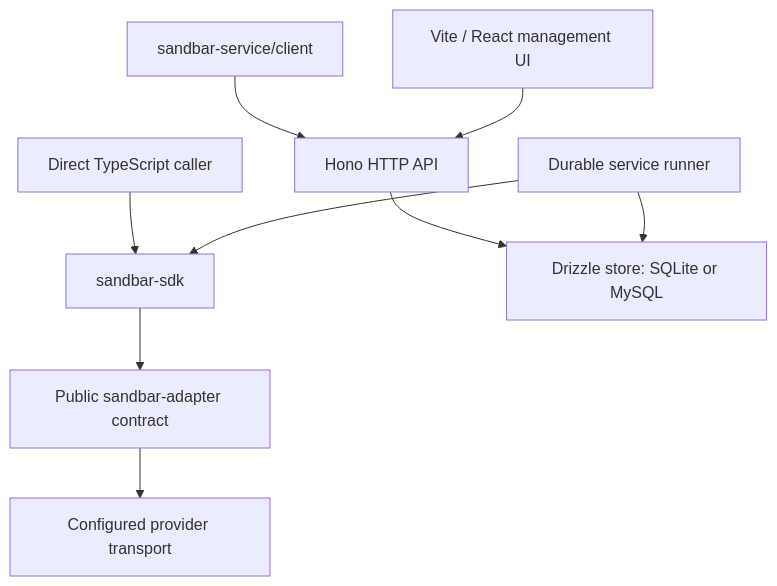
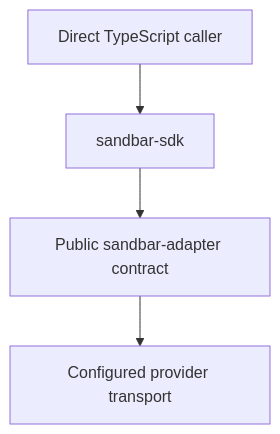
Before and after one commit to pandemicsyn/sandbar: the diagram in specs/design.md, drawn with Mermaid. The commit also changed other lines of this file and 149 other files, not shown here.

Commit message:
Remove optional service and management UI

````diff
--- a/specs/design.md
+++ b/specs/design.md
@@ -9,11 +9,6 @@
 ```mermaid
 flowchart TD
   Direct[Direct TypeScript caller] --> SDK[sandbar-sdk]
-  Remote[sandbar-service/client] --> API[Hono HTTP API]
-  UI[Vite / React management UI] --> API
-  API --> Store[Drizzle store: SQLite or MySQL]
-  Runner[Durable service runner] --> Store
-  Runner --> SDK
   SDK --> Adapter[Public sandbar-adapter contract]
   Adapter --> Provider[Configured provider transport]
 ```
````
